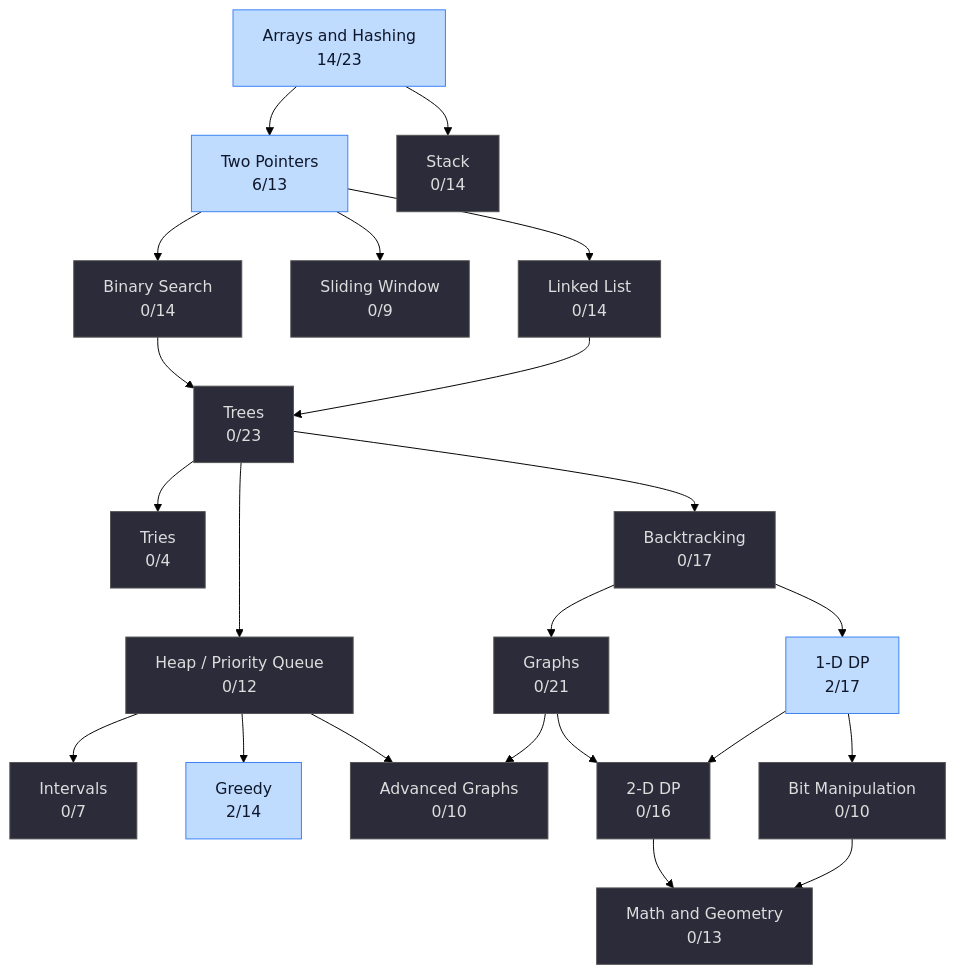
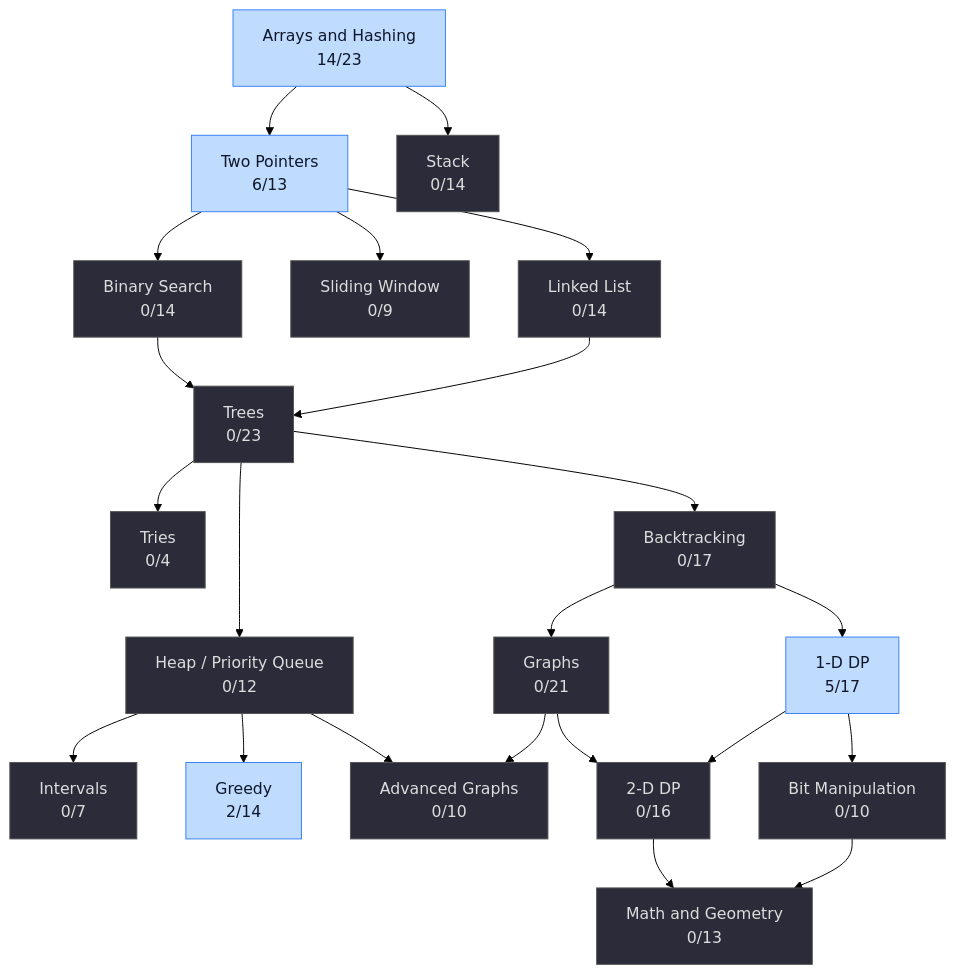
One commit to DevsLuca/Studies changed the diagram in LeetCode/README.md. Above: the diagram before and after it, drawn with Mermaid (forest theme). The commit also changed other lines of this file, not shown here.

````diff
--- a/LeetCode/README.md
+++ b/LeetCode/README.md
@@ -8,47 +8,47 @@
 ```mermaid
 graph TD
   AH["Arrays and Hashing<br/>14/23"]:::doing
   TP["Two Pointers<br/>6/13"]:::doing
   SW["Sliding Window<br/>0/9"]:::todo
   ST["Stack<br/>0/14"]:::todo
   BS["Binary Search<br/>0/14"]:::todo
   LL["Linked List<br/>0/14"]:::todo
   TR["Trees<br/>0/23"]:::todo
   HP["Heap / Priority Queue<br/>0/12"]:::todo
   BT["Backtracking<br/>0/17"]:::todo
   TRI["Tries<br/>0/4"]:::todo
   GP["Graphs<br/>0/21"]:::todo
   AG["Advanced Graphs<br/>0/10"]:::todo
-  DP1["1-D DP<br/>2/17"]:::doing
+  DP1["1-D DP<br/>5/17"]:::doing
   DP2["2-D DP<br/>0/16"]:::todo
   GR["Greedy<br/>2/14"]:::doing
   IN["Intervals<br/>0/7"]:::todo
   MG["Math and Geometry<br/>0/13"]:::todo
   BM["Bit Manipulation<br/>0/10"]:::todo
 
   AH --> TP
   AH --> ST
   TP --> BS
   TP --> SW
   TP --> LL
   BS --> TR
   LL --> TR
   TR --> TRI
   TR --> HP
   TR --> BT
   HP --> IN
   HP --> GR
   HP --> AG
   BT --> GP
   BT --> DP1
   GP --> AG
   GP --> DP2
   DP1 --> DP2
   DP1 --> BM
   DP2 --> MG
   BM --> MG
 
   classDef todo fill:#2b2b3a,stroke:#555,color:#ddd
   classDef doing fill:#bfdbfe,stroke:#3b82f6,color:#0f172a
   classDef done fill:#14532d,stroke:#22c55e,color:#fff
 ```
````
